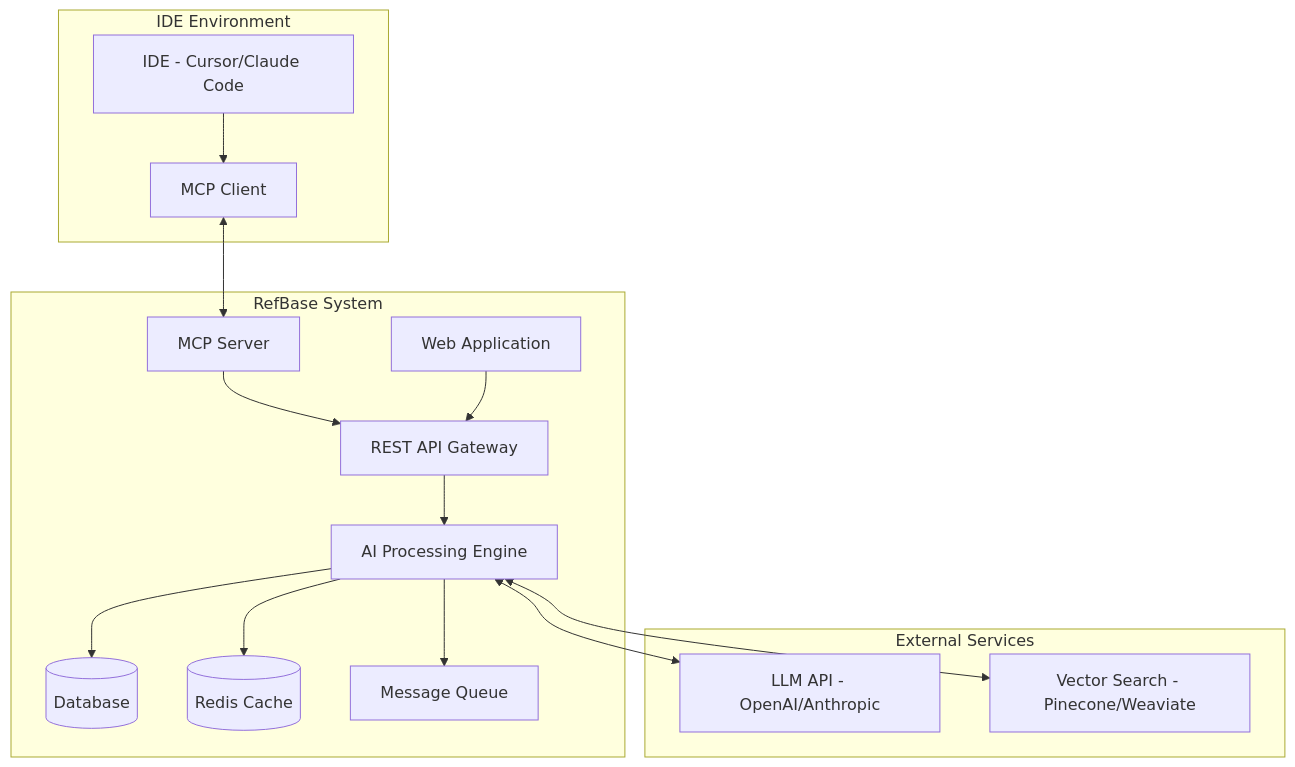
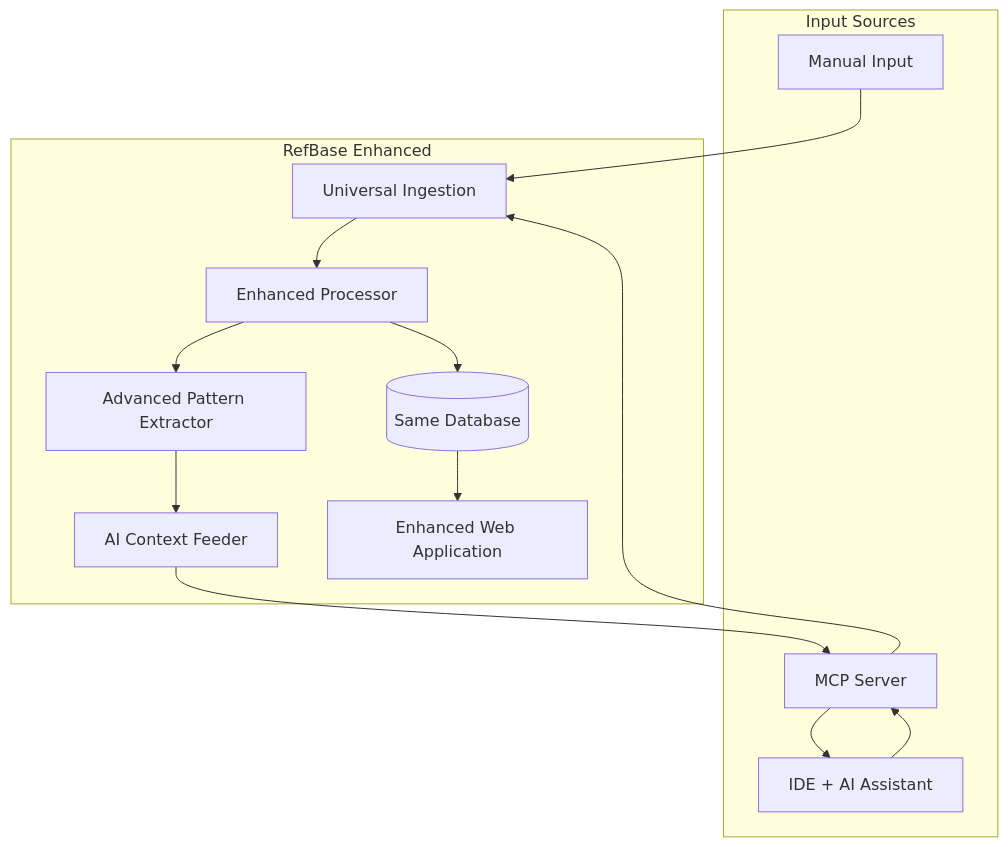
Before and after one commit to DasMonkey/refbase: the third of 3 diagrams in .kiro/specs/refbase/design.md, drawn with Mermaid. The commit also changed other lines of this file and 35 other files, not shown here.

````diff
--- a/.kiro/specs/refbase/design.md
+++ b/.kiro/specs/refbase/design.md
@@ -13,33 +113,28 @@
 ```mermaid
 graph TB
-    subgraph "IDE Environment"
-        IDE[IDE - Cursor/Claude Code]
-        MCP[MCP Client]
+    subgraph "Input Sources"
+        MANUAL[Manual Input]
+        MCP[MCP Server]
+        IDE[IDE + AI Assistant]
     end
     
-    subgraph "RefBase System"
-        MCPS[MCP Server]
-        API[REST API Gateway]
-        WEB[Web Application]
-        AI[AI Processing Engine]
-        DB[(Database)]
-        CACHE[(Redis Cache)]
-        QUEUE[Message Queue]
+    subgraph "RefBase Enhanced"
+        INGESTION[Universal Ingestion]
+        PROCESSOR[Enhanced Processor]
+        PATTERNS[Advanced Pattern Extractor]
+        CONTEXT[AI Context Feeder]
+        WEB[Enhanced Web Application]
+        DB[(Same Database)]
     end
     
-    subgraph "External Services"
-        LLM[LLM API - OpenAI/Anthropic]
-        SEARCH[Vector Search - Pinecone/Weaviate]
-    end
-    
+    MANUAL --> INGESTION
     IDE --> MCP
-    MCP <--> MCPS
-    MCPS --> API
-    WEB --> API
-    API --> AI
-    AI --> DB
-    AI --> CACHE
-    AI --> QUEUE
-    AI <--> LLM
-    AI <--> SEARCH
+    MCP --> INGESTION
+    INGESTION --> PROCESSOR
+    PROCESSOR --> PATTERNS
+    PATTERNS --> CONTEXT
+    CONTEXT --> MCP
+    MCP --> IDE
+    PROCESSOR --> DB
+    DB --> WEB
 ```
````
